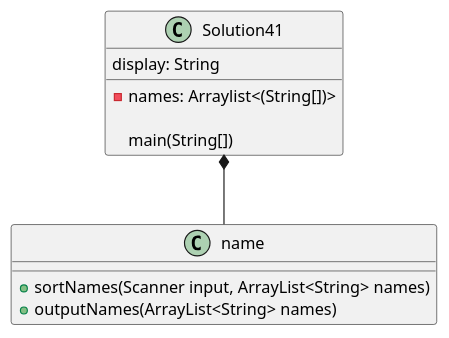
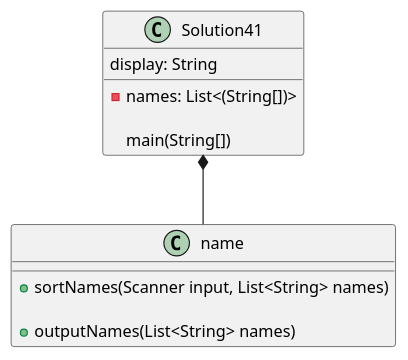
One commit to cachemoney-3000/samontanez-a04 changed the diagram in exercise41/docs/Solution41_ClassDiagram.puml. Above: the diagram before and after it, drawn with PlantUML. The commit also changed 4 other files, not shown here.

```diff
--- a/exercise41/docs/Solution41_ClassDiagram.puml
+++ b/exercise41/docs/Solution41_ClassDiagram.puml
@@ -1,27 +1,44 @@
 @startuml
 class Solution41 {
     'attributes
-    -names: Arraylist<(String[])>
+    -names: List<(String[])>
 
     main(String[])
         display: String
         'name name = new name();
         'Solution41 sol41 = new Solution41();
         'Scanner to scan the file, pass the directory of the text file
 
         'name.sortNames(input, sol41.names)
         'close the scanner
 
         'display = name.outputNames
         'prints the display string
 }
 
 class name{
     'behaviors
-    +sortNames(Scanner input, ArrayList<String> names)
-    +outputNames(ArrayList<String> names)
+    +sortNames(Scanner input, List<String> names)
+        'if input is null
+            'print 'file is empty'
+        'else
+            'scan all the lines
+            'sort the string list
+
+    +outputNames(List<String> names)
+        'StringBuilder sb = new StringBuilder();
+        'try(FileWriter object){
+            'append the header
+            'print the header to output file
+
+            'for loop(iterate through the names)
+                'append all names
+                'print the names to the output file
+
+        'catch the exception
+        'return the string builder
 }
 
 Solution41 *-- name
 
 @enduml
```
